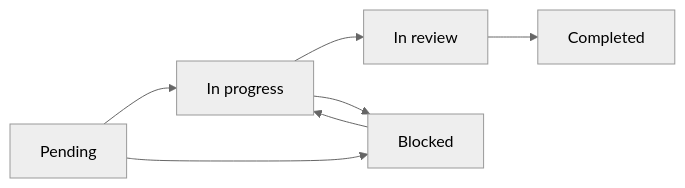
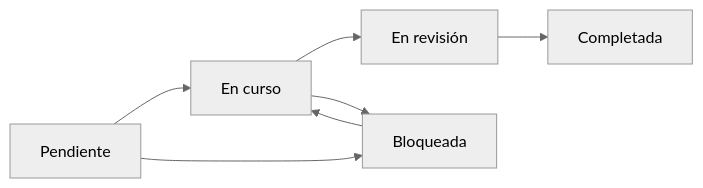
The sixth of 13 diagrams in docs/PROCESS-MAPS.md (antoniojesusdelgado/management-platform-demo), drawn with Mermaid (neutral theme) before and after one commit. The commit also changed other lines of this file and 63 other files, not shown here.

````diff
--- a/docs/PROCESS-MAPS.md
+++ b/docs/PROCESS-MAPS.md
@@ -76,6 +76,6 @@
 ```mermaid
 flowchart LR
-  Pending --> InProgress["In progress"] --> InReview["In review"] --> Completed
-  Pending --> Blocked --> InProgress
-  InProgress --> Blocked
+  Pendiente --> EnCurso["En curso"] --> EnRevision["En revisión"] --> Completada
+  Pendiente --> Bloqueada --> EnCurso
+  EnCurso --> Bloqueada
 ```
````
